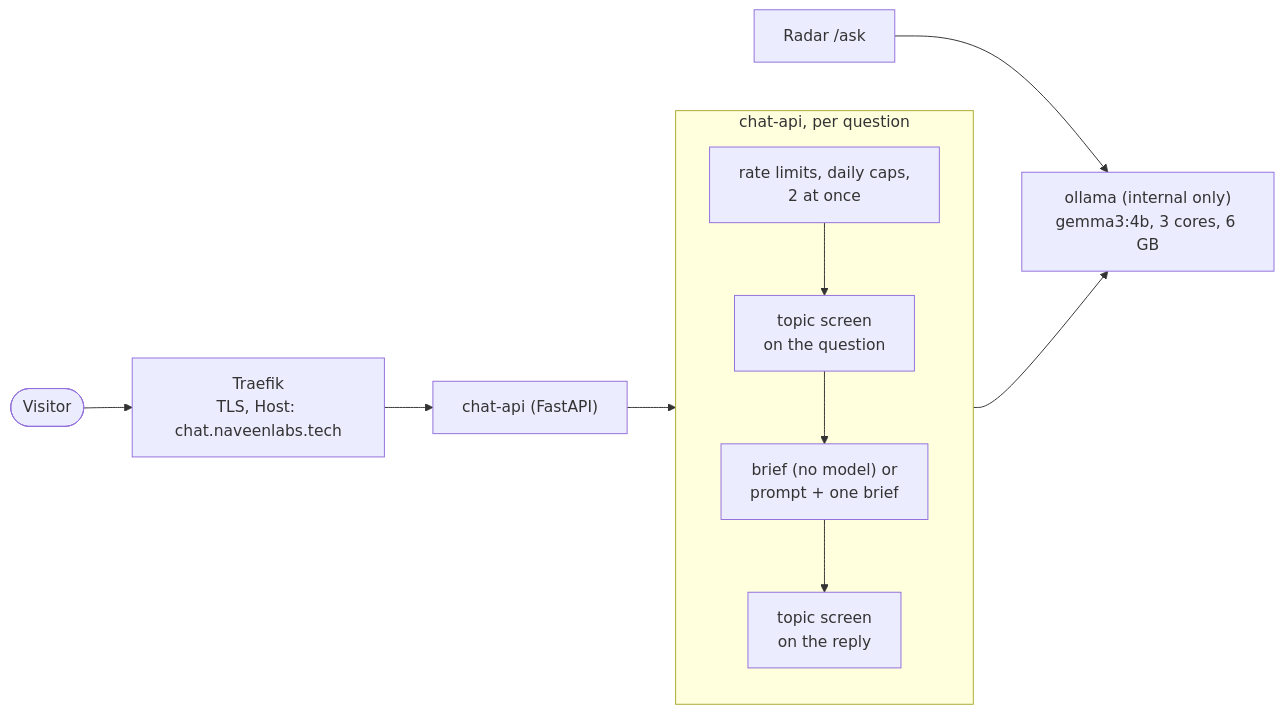
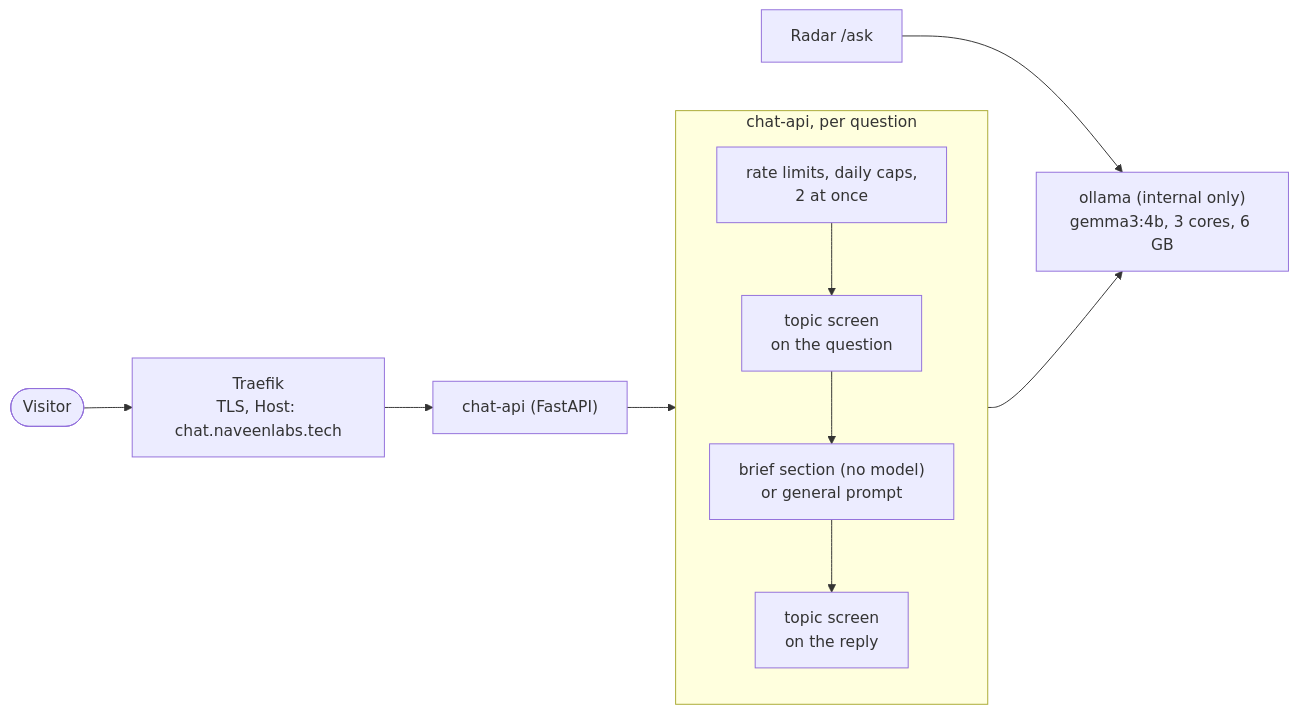
One commit to dsnaveenkumar15/naveenlabs-ai changed the diagram in README.md. Above: the diagram before and after it, drawn with Mermaid. The commit also changed other lines of this file and 7 other files, not shown here.

First line of the commit message:
feat(chat): typed project questions get the best-matching brief section, not the model

````diff
--- a/README.md
+++ b/README.md
@@ -106,14 +107,14 @@
 ```mermaid
 flowchart LR
     visitor(["Visitor"]) --> traefik["Traefik<br/>TLS, Host: chat.naveenlabs.tech"]
     traefik --> api["chat-api (FastAPI)"]
     subgraph api_inside["chat-api, per question"]
         direction TB
         limits["rate limits, daily caps,<br/>2 at once"] --> screen["topic screen<br/>on the question"]
-        screen --> prompt["brief (no model) or<br/>prompt + one brief"]
+        screen --> prompt["brief section (no model)<br/>or general prompt"]
         prompt --> reply_screen["topic screen<br/>on the reply"]
     end
     api --> api_inside
     prompt --> ollama["ollama (internal only)<br/>gemma3:4b, 3 cores, 6 GB"]
     radar["Radar /ask"] --> ollama
 ```
````
